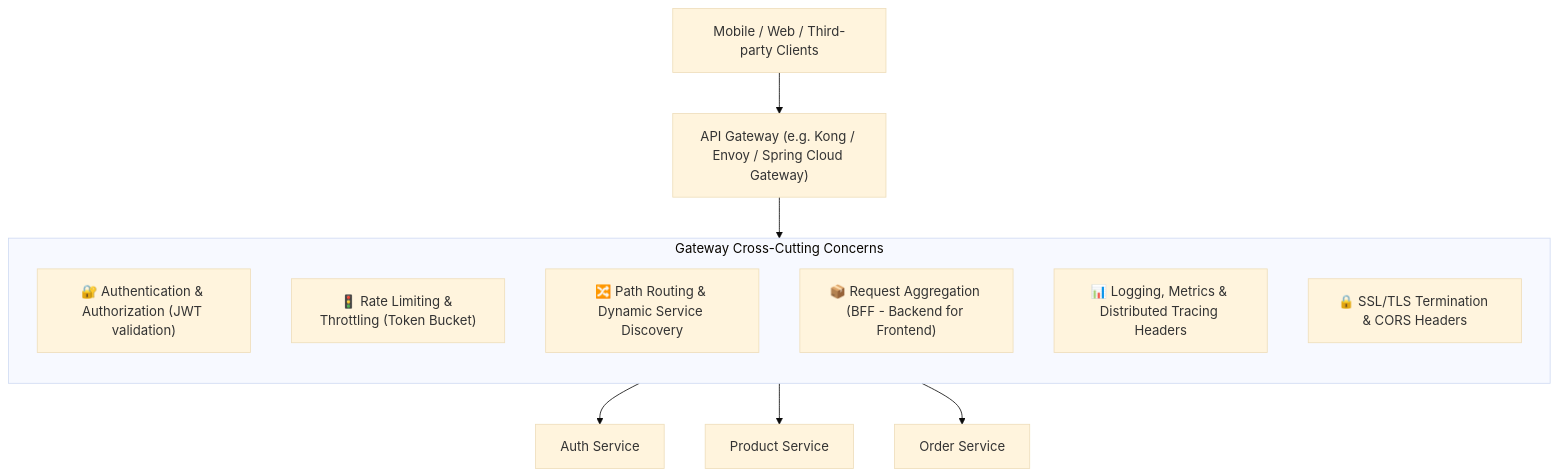
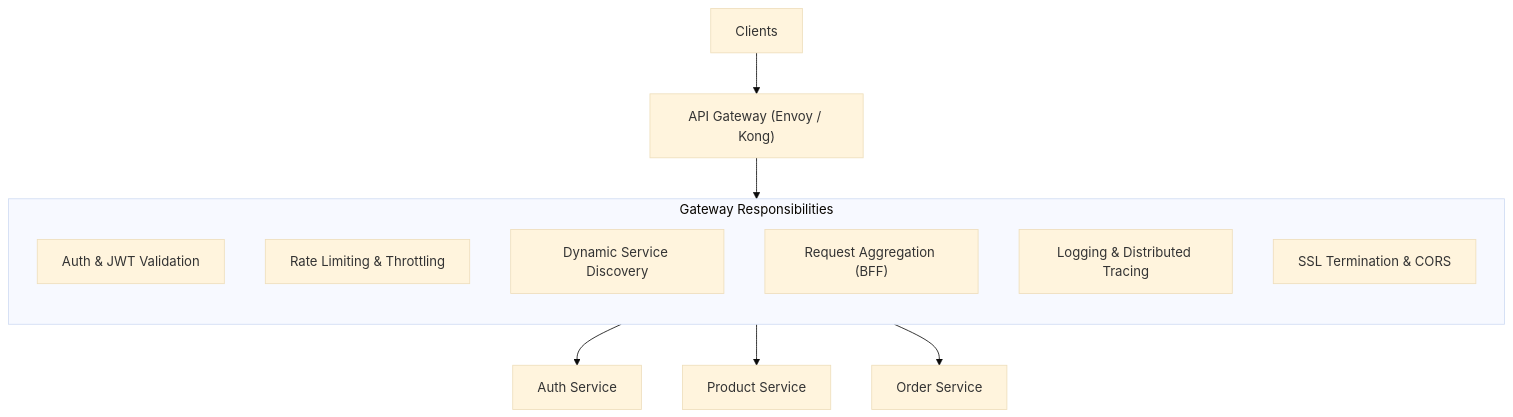
Before and after one commit to Sourav108/strivers-lld: the fourth of 4 diagrams in strivers-hld/04-Load-Balancing-and-Proxies/README.md, drawn with Mermaid (base theme). The commit also changed other lines of this file and 39 other files, not shown here.

Commit message:
fix(mermaid): wrap node labels, simplify diamonds, and reformat wide diagrams for perfect GitHub rendering

````diff
--- a/strivers-hld/04-Load-Balancing-and-Proxies/README.md
+++ b/strivers-hld/04-Load-Balancing-and-Proxies/README.md
@@ -79,19 +79,19 @@
 ```mermaid
 flowchart TD
-    Client["Mobile / Web / Third-party Clients"] --> Gateway["API Gateway (e.g. Kong / Envoy / Spring Cloud Gateway)"]
+    Client["Clients"] --> Gateway["API Gateway (Envoy / Kong)"]
     
-    subgraph GatewayResponsibilities["Gateway Cross-Cutting Concerns"]
+    subgraph GatewayResponsibilities["Gateway Responsibilities"]
         direction TB
-        G1["🔐 Authentication & Authorization (JWT validation)"]
-        G2["🚦 Rate Limiting & Throttling (Token Bucket)"]
-        G3["🔀 Path Routing & Dynamic Service Discovery"]
-        G4["📦 Request Aggregation (BFF - Backend for Frontend)"]
-        G5["📊 Logging, Metrics & Distributed Tracing Headers"]
-        G6["🔒 SSL/TLS Termination & CORS Headers"]
+        G1["Auth & JWT Validation"]
+        G2["Rate Limiting & Throttling"]
+        G3["Dynamic Service Discovery"]
+        G4["Request Aggregation (BFF)"]
+        G5["Logging & Distributed Tracing"]
+        G6["SSL Termination & CORS"]
     end
 
     Gateway --> GatewayResponsibilities
     GatewayResponsibilities --> S1["Auth Service"]
     GatewayResponsibilities --> S2["Product Service"]
     GatewayResponsibilities --> S3["Order Service"]
 ```
````
